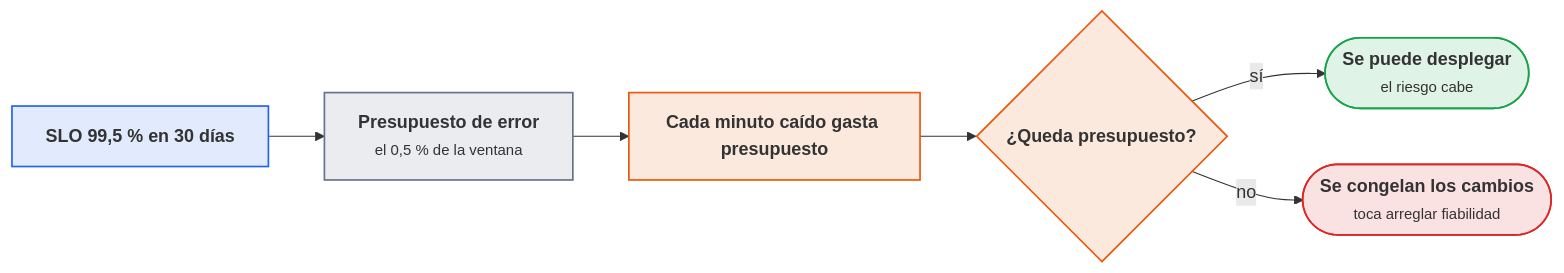
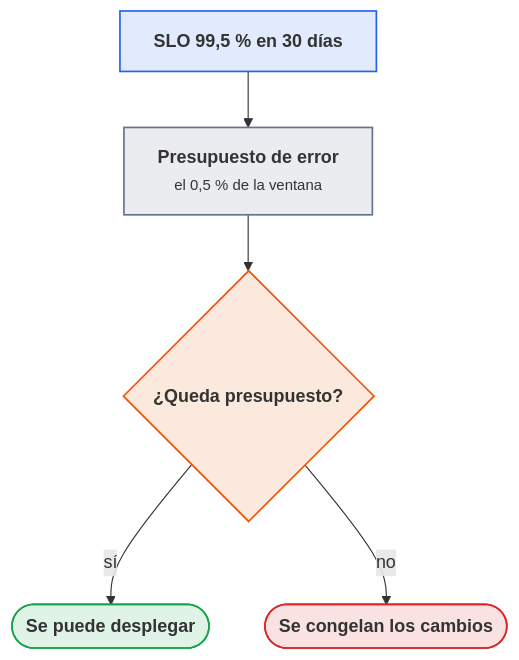
One commit to victor-educ/apuntes-5169 changed the second of 6 diagrams in docs/ut/ut4-kpi-pruebas.md. Above: the diagram before and after it, drawn with Mermaid. The commit also changed other lines of this file and 6 other files, not shown here.

````diff
--- a/docs/ut/ut4-kpi-pruebas.md
+++ b/docs/ut/ut4-kpi-pruebas.md
@@ -169,18 +184,16 @@
 ```mermaid
-flowchart LR
+flowchart TB
     SLO["<b>SLO 99,5 % en 30 días</b>"]:::dato
     PRE["<b>Presupuesto de error</b><br><small>el 0,5 % de la ventana</small>"]:::pieza
-    GAS["<b>Cada minuto caído gasta presupuesto</b>"]:::act
     Q{"<b>¿Queda presupuesto?</b>"}:::act
-    SI(["<b>Se puede desplegar</b><br><small>el riesgo cabe</small>"]):::ok
-    NO(["<b>Se congelan los cambios</b><br><small>toca arreglar fiabilidad</small>"]):::riesgo
-    SLO --> PRE --> GAS --> Q
+    SI(["<b>Se puede desplegar</b>"]):::ok
+    NO(["<b>Se congelan los cambios</b>"]):::riesgo
+    SLO --> PRE --> Q
     Q -- sí --> SI
     Q -- no --> NO
     classDef act fill:#ea580c22,stroke:#ea580c,stroke-width:1.5px
     classDef pieza fill:#64748b22,stroke:#64748b,stroke-width:1.5px
     classDef dato fill:#2563eb22,stroke:#2563eb,stroke-width:1.5px
-    classDef infra fill:#a1a1aa14,stroke:#a1a1aa,stroke-width:1.5px
     classDef ok fill:#16a34a22,stroke:#16a34a,stroke-width:1.5px
     classDef riesgo fill:#dc262622,stroke:#dc2626,stroke-width:1.5px
 ```
````
